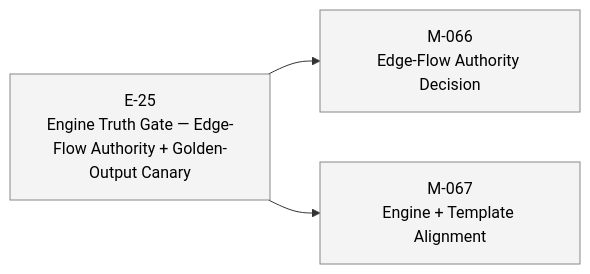
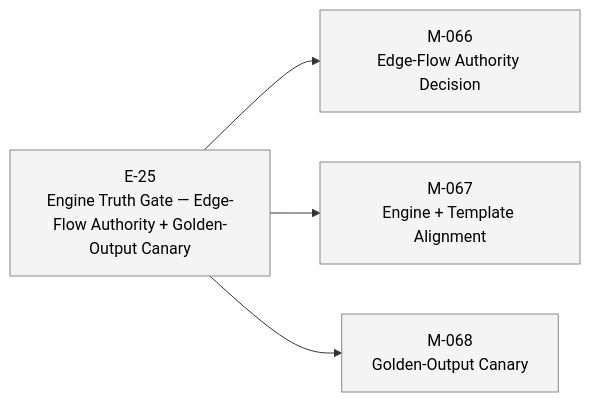
Before and after one commit to 23min/FlowTime: the diagram in STATUS.md, drawn with Mermaid. The commit also changed other lines of this file and 1 other file, not shown here.

First line of the commit message:
aiwf add milestone M-068 "Golden-Output Canary"

````diff
--- a/STATUS.md
+++ b/STATUS.md
@@ -28,14 +29,16 @@
 ```mermaid
 flowchart LR
   E_25["E-25<br/>Engine Truth Gate — Edge-Flow Authority + Golden-Output Canary"]:::epic_proposed
   M_066["M-066<br/>Edge-Flow Authority Decision"]:::ms_draft
   E_25 --> M_066
   M_067["M-067<br/>Engine + Template Alignment"]:::ms_draft
   E_25 --> M_067
+  M_068["M-068<br/>Golden-Output Canary"]:::ms_draft
+  E_25 --> M_068
   classDef epic_active fill:#d6eaff,stroke:#1a73e8,color:#000
   classDef epic_proposed fill:#f4f4f4,stroke:#888,color:#000
   classDef ms_done fill:#d8f5d8,stroke:#2a8a2a,color:#000
   classDef ms_in_progress fill:#fff3c4,stroke:#caa400,color:#000
   classDef ms_draft fill:#f4f4f4,stroke:#888,color:#000
   classDef ms_cancelled fill:#fbeaea,stroke:#c33,color:#000
 ```
````
